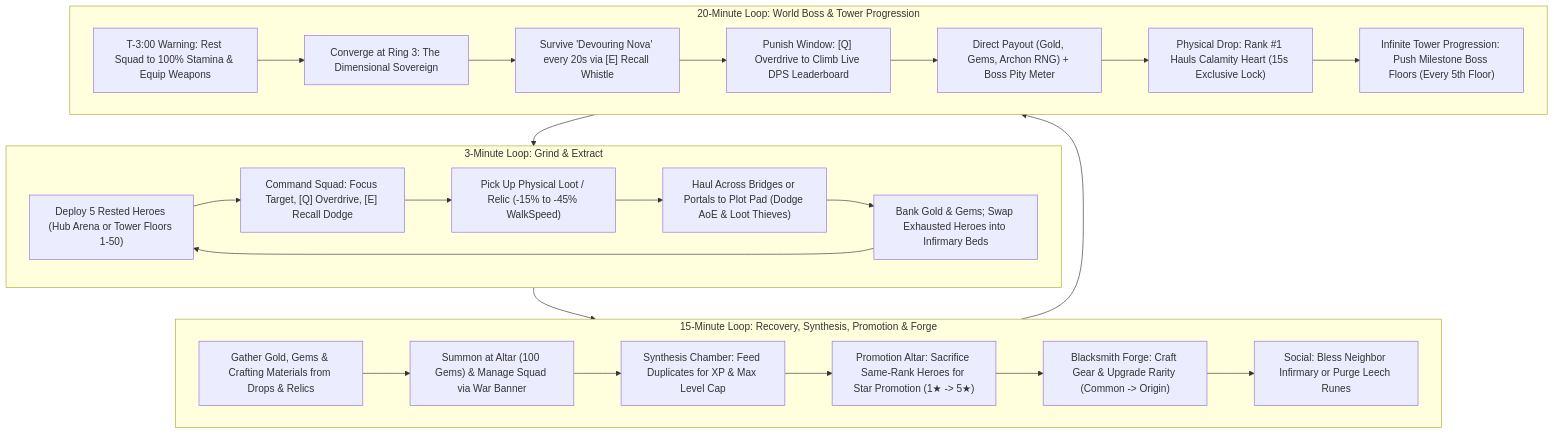
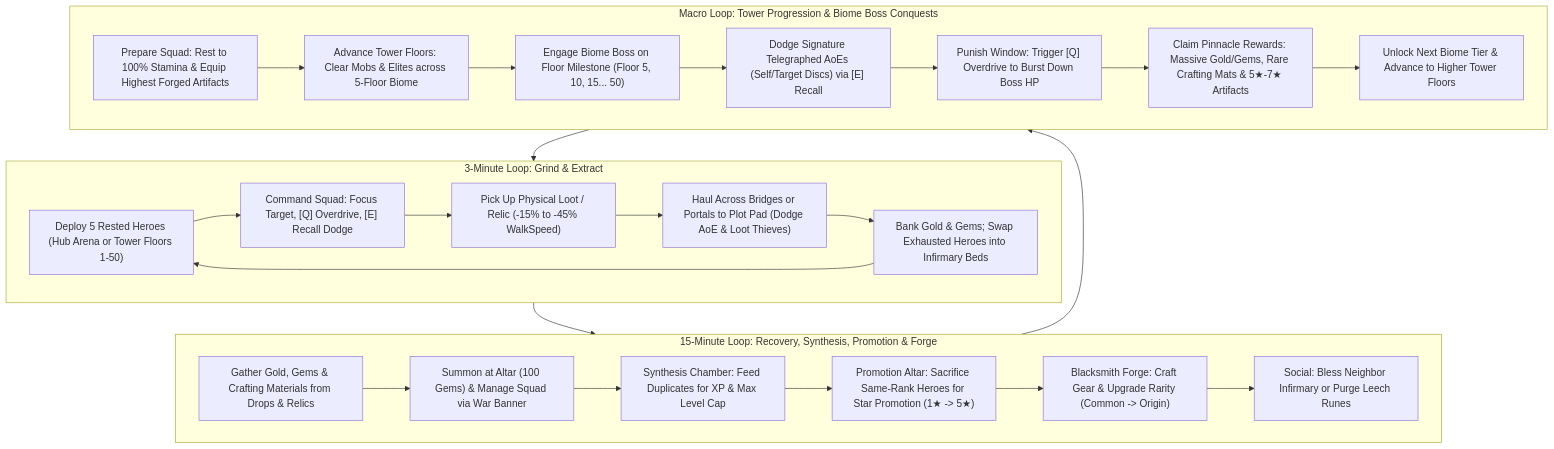
Before and after one commit to Zaimoo/infinite-tower: the diagram in GAME_DESIGN.MD, drawn with Mermaid. The commit also changed other lines of this file, not shown here.

Commit message:
docs: replace waiting room with fortress plot and world boss with biome boss

````diff
--- a/GAME_DESIGN.MD
+++ b/GAME_DESIGN.MD
@@ -46,31 +46,31 @@
 ```mermaid
 flowchart TD
     subgraph Micro["3-Minute Loop: Grind & Extract"]
         M1["Deploy 5 Rested Heroes (Hub Arena or Tower Floors 1-50)"] --> M2["Command Squad: Focus Target, [Q] Overdrive, [E] Recall Dodge"]
         M2 --> M3["Pick Up Physical Loot / Relic (-15% to -45% WalkSpeed)"]
         M3 --> M4["Haul Across Bridges or Portals to Plot Pad (Dodge AoE & Loot Thieves)"]
         M4 --> M5["Bank Gold & Gems; Swap Exhausted Heroes into Infirmary Beds"]
         M5 --> M1
     end
 
     subgraph Meso["15-Minute Loop: Recovery, Synthesis, Promotion & Forge"]
         T1["Gather Gold, Gems & Crafting Materials from Drops & Relics"] --> T2["Summon at Altar (100 Gems) & Manage Squad via War Banner"]
         T2 --> T3["Synthesis Chamber: Feed Duplicates for XP & Max Level Cap"]
         T3 --> T4["Promotion Altar: Sacrifice Same-Rank Heroes for Star Promotion (1★ -> 5★)"]
         T4 --> T5["Blacksmith Forge: Craft Gear & Upgrade Rarity (Common -> Origin)"]
         T5 --> T6["Social: Bless Neighbor Infirmary or Purge Leech Runes"]
     end
 
-    subgraph Macro["20-Minute Loop: World Boss & Tower Progression"]
-        W1["T-3:00 Warning: Rest Squad to 100% Stamina & Equip Weapons"] --> W2["Converge at Ring 3: The Dimensional Sovereign"]
-        W2 --> W3["Survive 'Devouring Nova' every 20s via [E] Recall Whistle"]
-        W3 --> W4["Punish Window: [Q] Overdrive to Climb Live DPS Leaderboard"]
-        W4 --> W5["Direct Payout (Gold, Gems, Archon RNG) + Boss Pity Meter"]
-        W5 --> W6["Physical Drop: Rank #1 Hauls Calamity Heart (15s Exclusive Lock)"]
-        W6 --> W7["Infinite Tower Progression: Push Milestone Boss Floors (Every 5th Floor)"]
+    subgraph Macro["Macro Loop: Tower Progression & Biome Boss Conquests"]
+        B1["Prepare Squad: Rest to 100% Stamina & Equip Highest Forged Artifacts"] --> B2["Advance Tower Floors: Clear Mobs & Elites across 5-Floor Biome"]
+        B2 --> B3["Engage Biome Boss on Floor Milestone (Floor 5, 10, 15... 50)"]
+        B3 --> B4["Dodge Signature Telegraphed AoEs (Self/Target Discs) via [E] Recall"]
+        B4 --> B5["Punish Window: Trigger [Q] Overdrive to Burst Down Boss HP"]
+        B5 --> B6["Claim Pinnacle Rewards: Massive Gold/Gems, Rare Crafting Mats & 5★-7★ Artifacts"]
+        B6 --> B7["Unlock Next Biome Tier & Advance to Higher Tower Floors"]
     end
 
     Micro --> Meso
     Meso --> Macro
     Macro --> Micro
 ```
````
